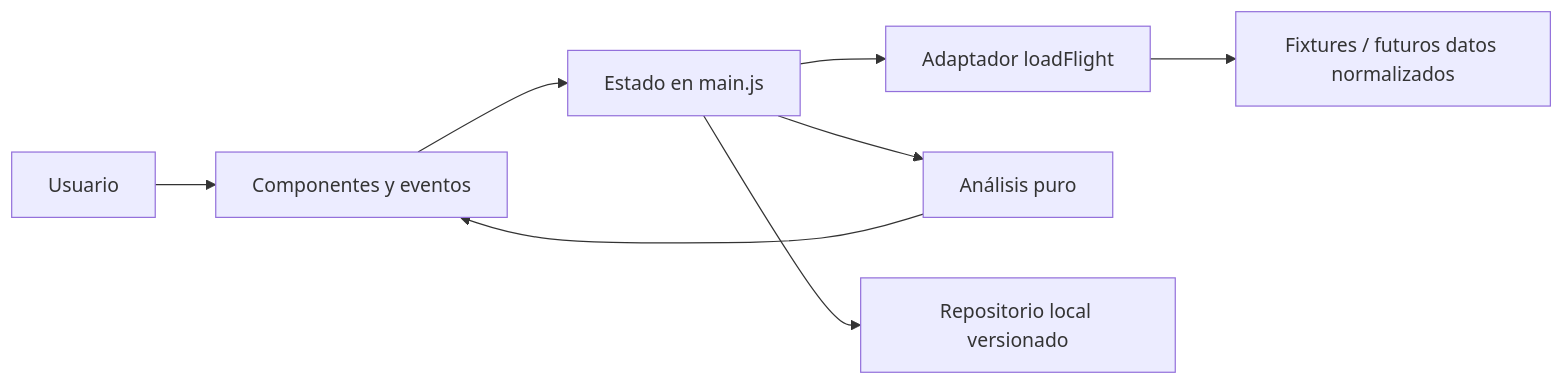
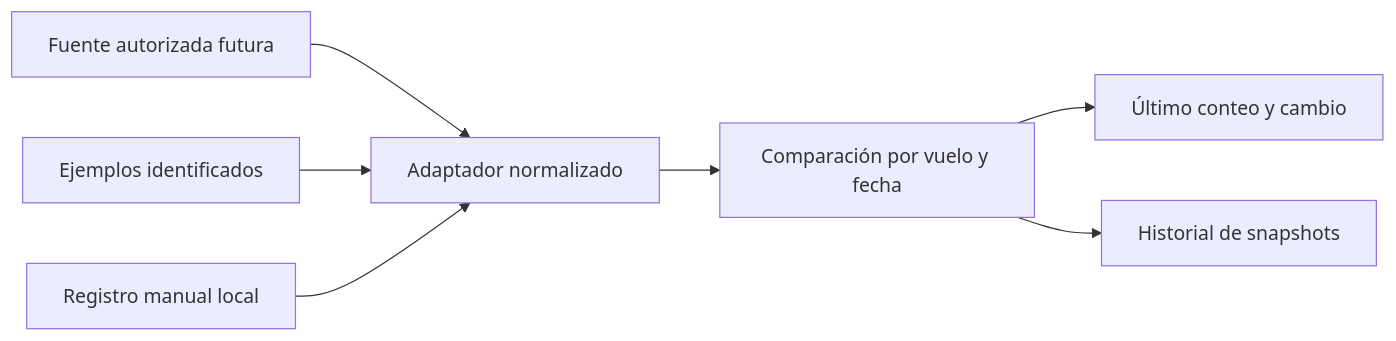
One commit to Jhovannymerino/VuelaLibre changed the diagram in Docs/architecture/dashboard.md. Above: the diagram before and after it, drawn with Mermaid. The commit also changed other lines of this file and 19 other files, not shown here.

````diff
--- a/Docs/architecture/dashboard.md
+++ b/Docs/architecture/dashboard.md
@@ -7,10 +9,9 @@
 ```mermaid
 flowchart LR
-    U[Usuario] --> UI[Componentes y eventos]
-    UI --> S[Estado en main.js]
-    S --> A[Adaptador loadFlight]
-    A --> F[Fixtures / futuros datos normalizados]
-    S --> D[Análisis puro]
-    D --> UI
-    S --> L[Repositorio local versionado]
+    S[Fuente autorizada futura] --> A[Adaptador normalizado]
+    D[Ejemplos identificados] --> A
+    M[Registro manual local] --> A
+    A --> C[Comparación por vuelo y fecha]
+    C --> T[Último conteo y cambio]
+    C --> H[Historial de snapshots]
 ```
````
